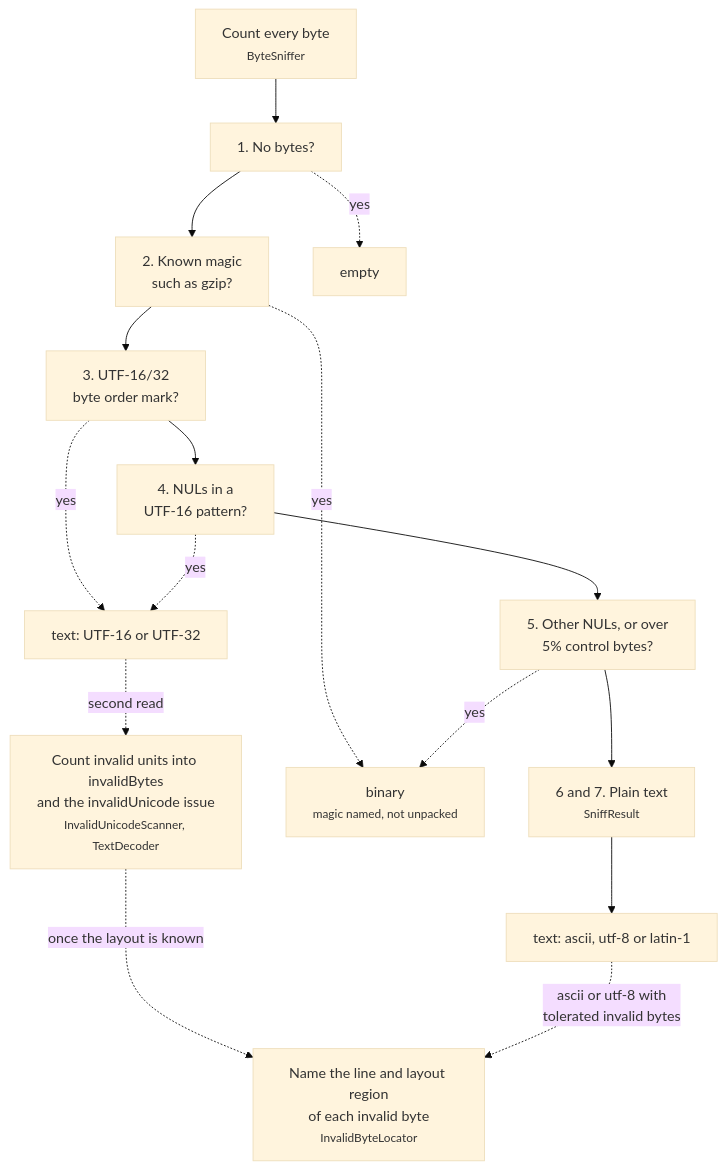
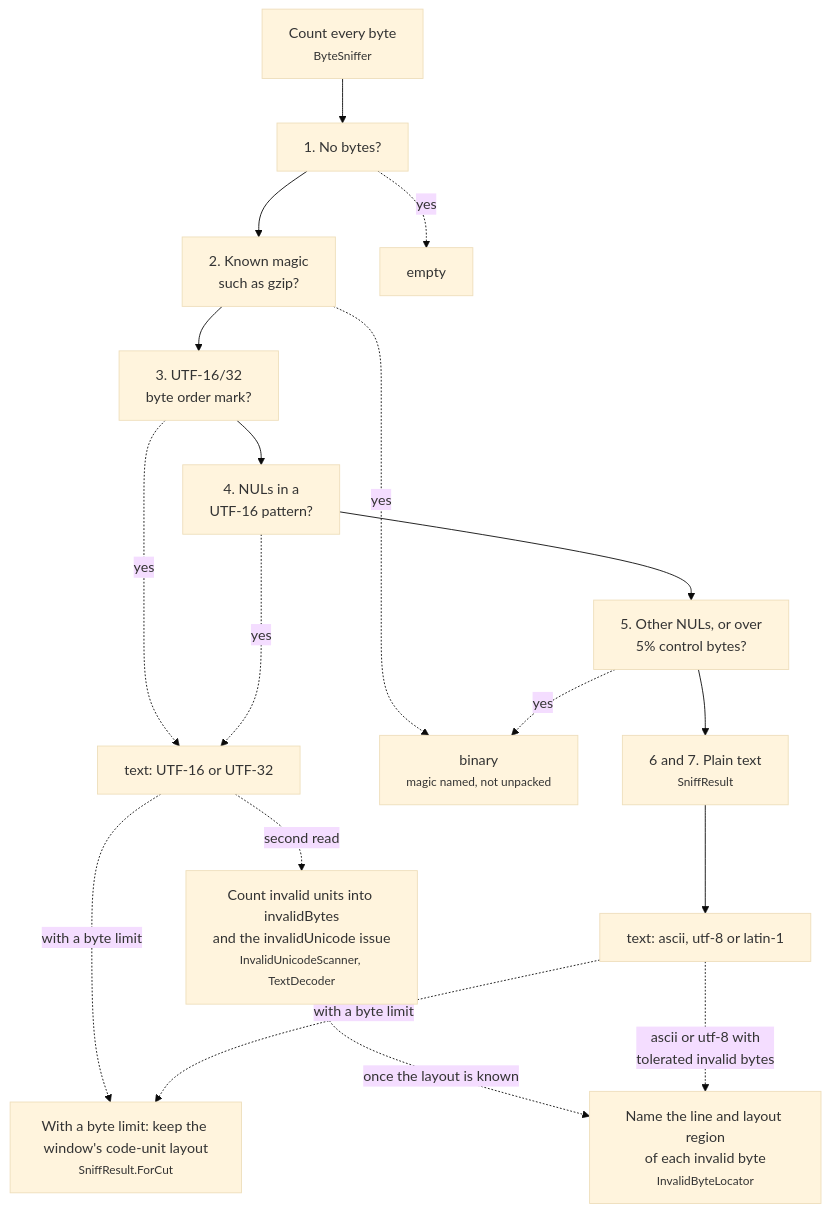
One commit to squalor-xyz/squalify changed diagram 32 of 33 in docs/how-it-works.md. Above: the diagram before and after it, drawn with Mermaid (base theme). The commit also changed other lines of this file and 7 other files, not shown here.

Commit message:
sq-73: fix round 4 (architect A1-A8, A10, A11)

````diff
--- a/docs/how-it-works.md
+++ b/docs/how-it-works.md
@@ -529,18 +530,20 @@
 ```mermaid
 flowchart TD
     S["Count every byte<br/><small>ByteSniffer</small>"] --> R1["1. No bytes?"]
     R1 --> R2["2. Known magic<br/>such as gzip?"]
     R2 --> R3["3. UTF-16/32<br/>byte order mark?"]
     R3 --> R4["4. NULs in a<br/>UTF-16 pattern?"]
     R4 --> R5["5. Other NULs, or over<br/>5% control bytes?"]
     R5 --> R6["6 and 7. Plain text<br/><small>SniffResult</small>"]
     R1 -. "yes" .-> E["empty"]
     R2 -. "yes" .-> B["binary<br/><small>magic named, not unpacked</small>"]
     R5 -. "yes" .-> B
     R3 -. "yes" .-> T16["text: UTF-16 or UTF-32"]
     R4 -. "yes" .-> T16
     T16 -. "second read" .-> V["Count invalid units into invalidBytes<br/>and the invalidUnicode issue<br/><small>InvalidUnicodeScanner, TextDecoder</small>"]
     R6 --> T["text: ascii, utf-8 or latin-1"]
+    T16 -. "with a byte limit" .-> K["With a byte limit: keep the window's code-unit layout<br/><small>SniffResult.ForCut</small>"]
+    T -. "with a byte limit" .-> K
     V -. "once the layout is known" .-> L["Name the line and layout region<br/>of each invalid byte<br/><small>InvalidByteLocator</small>"]
     T -. "ascii or utf-8 with<br/>tolerated invalid bytes" .-> L
 ```
````
